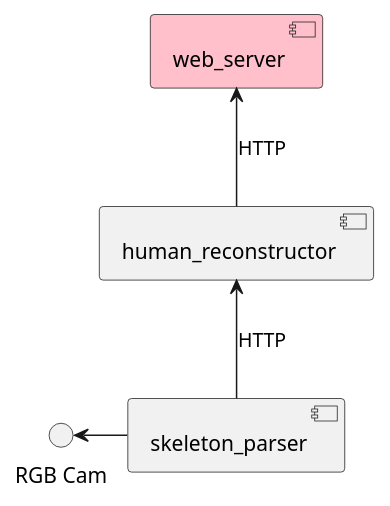
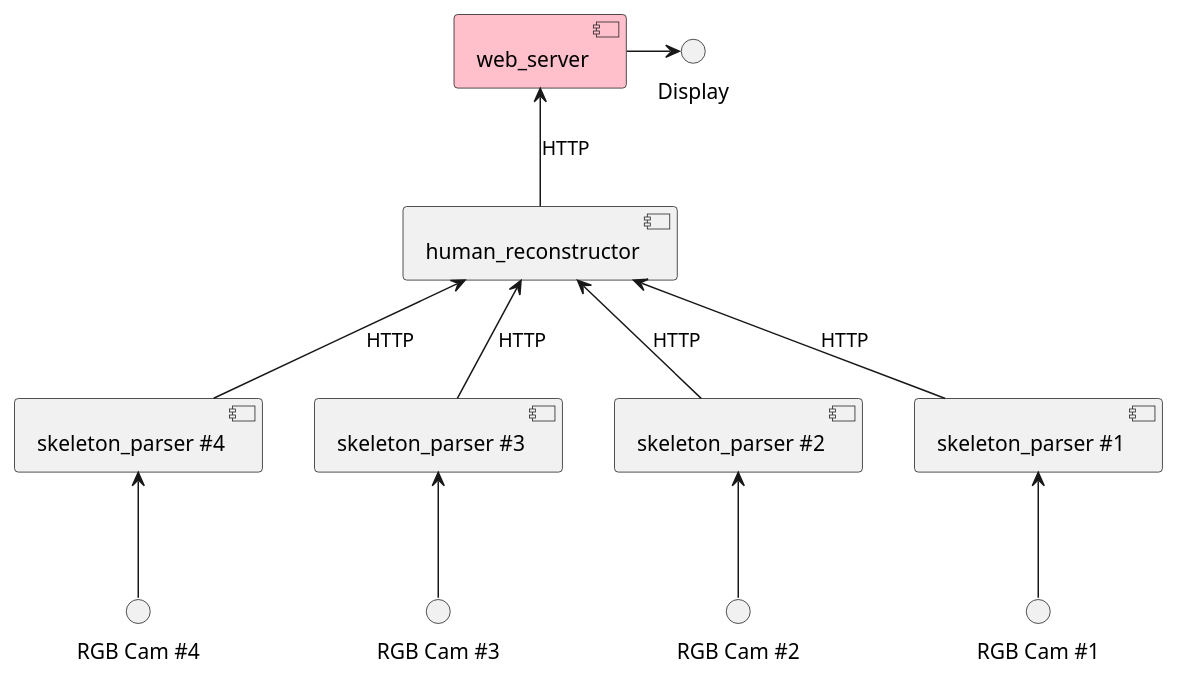
One commit to taemin-hwang/seamless-mocap changed the diagram in doc/uml/main.puml. Above: the diagram before and after it, drawn with PlantUML.

Commit message:
Add description for understanding

```diff
--- a/doc/uml/main.puml
+++ b/doc/uml/main.puml
@@ -1,13 +1,28 @@
 @startuml overview
 
-component skeleton_parser
+component "skeleton_parser #1" as sp1
+component "skeleton_parser #2" as sp2
+component "skeleton_parser #3" as sp3
+component "skeleton_parser #4" as sp4
 component human_reconstructor
 component web_server #pink
 
-() "RGB Cam" as cam
+() "RGB Cam #1" as cam1
+() "RGB Cam #2" as cam2
+() "RGB Cam #3" as cam3
+() "RGB Cam #4" as cam4
+() "Display" as display
 
-skeleton_parser -left-> cam
-skeleton_parser -up-> human_reconstructor : HTTP
+cam1 -up-> sp1
+sp1 -up-> human_reconstructor : HTTP
+cam2 -up-> sp2
+sp2 -up-> human_reconstructor : HTTP
+cam3 -up-> sp3
+sp3 -up-> human_reconstructor : HTTP
+cam4 -up-> sp4
+sp4 -up-> human_reconstructor : HTTP
+
 human_reconstructor -up-> web_server : HTTP
+web_server -right-> display
 
 @enduml
```
